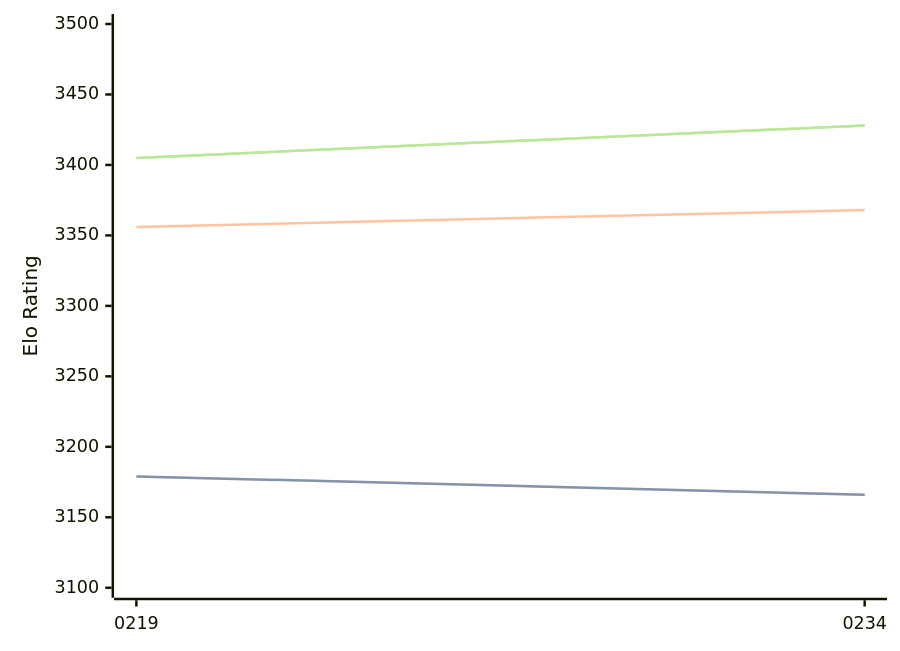
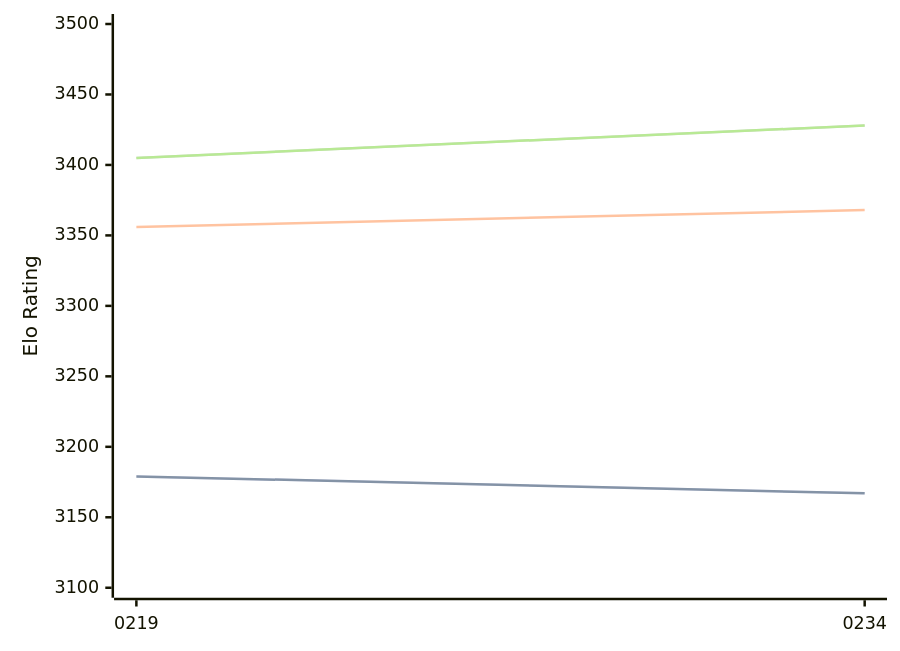
Before and after one commit to computer-chess-index/cci: the diagram in engines/Ynode.md, drawn with Mermaid. The commit also changed other lines of this file, not shown here.

Commit message:
Update CCI Ratings (ELO VLTC) - 2026-04-29

````diff
--- a/engines/Ynode.md
+++ b/engines/Ynode.md
@@ -39,11 +39,11 @@
 ```mermaid
 %%{init: {"theme":"base","themeVariables":{"seriesColors:['#a3a3a3','#222221','#faa371']}}}%%
 xychart-beta
   x-axis ["0219", "0234"]
   y-axis "Elo Rating" 3100 --> 3500
-  line "STC (8.0+0.08s)" [3179, 3166]
-  line "STC (8.0+0.08s)" [3179, 3166]
+  line "STC (8.0+0.08s)" [3179, 3167]
+  line "STC (8.0+0.08s)" [3179, 3167]
   line "LTC (60.0+0.60s)" [3356, 3368]
   line "VLTC (2m24s+1.12s)" [3405, 3428]
   line "VLTC (2m24s+1.12s)" [3405, 3428]
 ```
````
